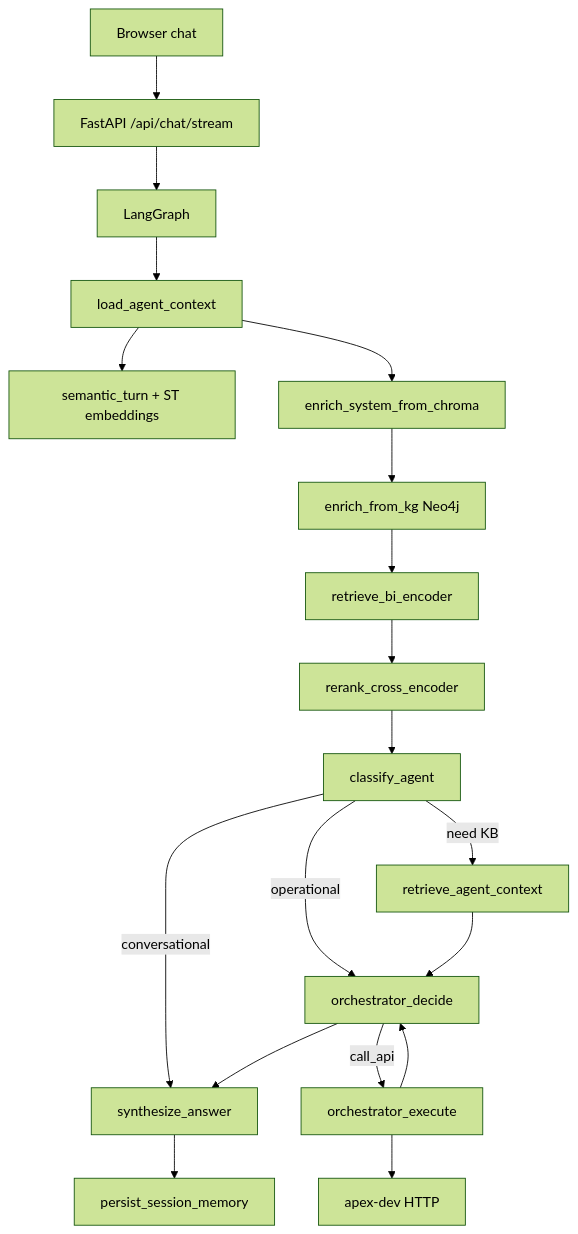
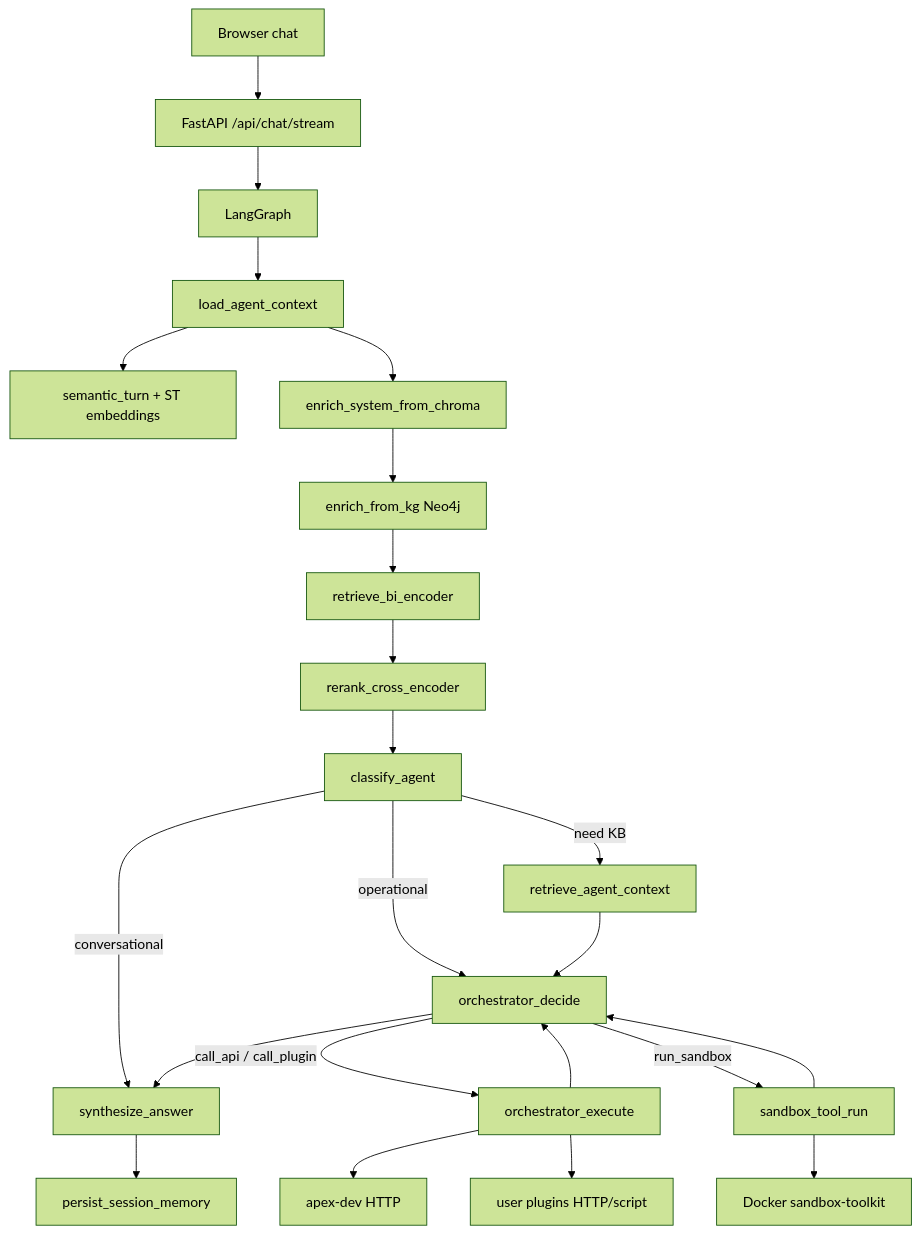
One commit to kamal-sanwal-axs/ticketing-ai-demo changed the diagram in docs/ARCHITECTURE.md. Above: the diagram before and after it, drawn with Mermaid (forest theme). The commit also changed other lines of this file and 43 other files, not shown here.

````diff
--- a/docs/ARCHITECTURE.md
+++ b/docs/ARCHITECTURE.md
@@ -21,22 +21,26 @@
 ```mermaid
 flowchart TB
   UI[Browser chat] --> API[FastAPI /api/chat/stream]
   API --> LG[LangGraph]
 
   LG --> L1[load_agent_context]
   L1 --> ST[semantic_turn + ST embeddings]
   L1 --> L2[enrich_system_from_chroma]
   L2 --> KG[enrich_from_kg Neo4j]
   KG --> L3[retrieve_bi_encoder]
   L3 --> L4[rerank_cross_encoder]
   L4 --> L5[classify_agent]
   L5 -->|conversational| SYN[synthesize_answer]
   L5 -->|need KB| KB[retrieve_agent_context]
   L5 -->|operational| ORCH[orchestrator_decide]
   KB --> ORCH
-  ORCH -->|call_api| EXEC[orchestrator_execute]
+  ORCH -->|call_api / call_plugin| EXEC[orchestrator_execute]
+  ORCH -->|run_sandbox| SBX[sandbox_tool_run]
   EXEC --> APEX[apex-dev HTTP]
+  EXEC --> PLG[user plugins HTTP/script]
+  SBX --> DOCK[Docker sandbox-toolkit]
   EXEC --> ORCH
+  SBX --> ORCH
   ORCH --> SYN
   SYN --> PERSIST[persist_session_memory]
 ```
````
